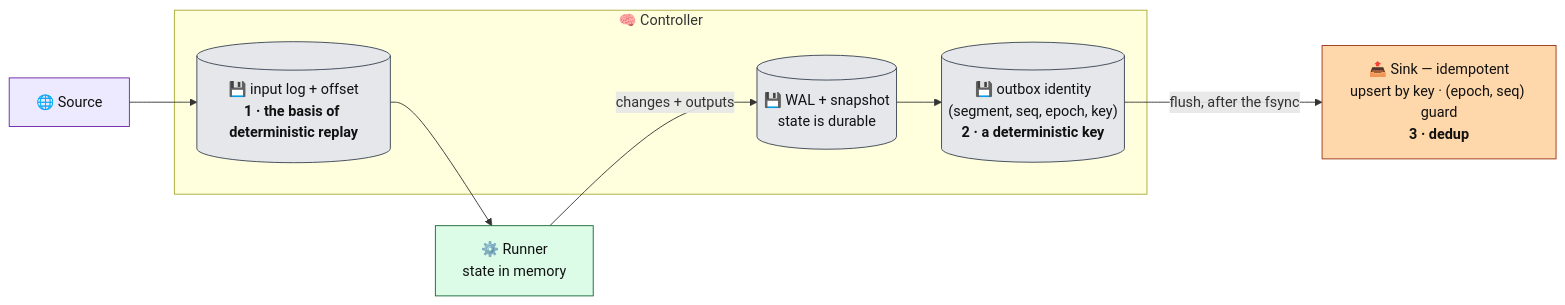
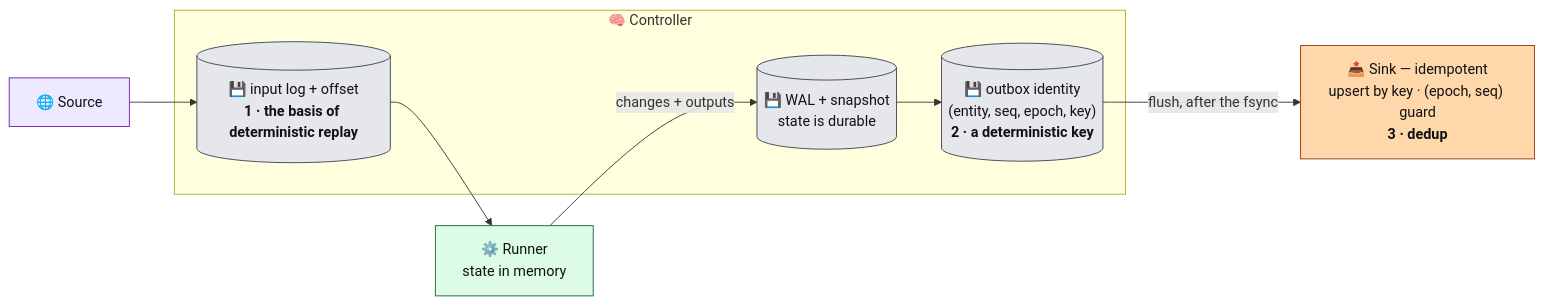
The seventh of 16 diagrams in docs/architecture/kernel.md (Flezha/flezha), drawn with Mermaid before and after one commit. The commit also changed other lines of this file and 658 other files, not shown here.

````diff
--- a/docs/architecture/kernel.md
+++ b/docs/architecture/kernel.md
@@ -303,23 +303,23 @@
 ```mermaid
 flowchart LR
     SRC["🌐 Source"]:::src
     subgraph CTRL["🧠 Controller"]
         IL[("💾 input log + offset<br/><b>1 · the basis of deterministic replay</b>")]:::store
         WAL2[("💾 WAL + snapshot<br/>state is durable")]:::store
-        OB[("💾 outbox identity<br/>(segment, seq, epoch, key)<br/><b>2 · a deterministic key</b>")]:::store
+        OB[("💾 outbox identity<br/>(entity, seq, epoch, key)<br/><b>2 · a deterministic key</b>")]:::store
     end
     EX["⚙️ Runner<br/>state in memory"]:::exec
     SINK["📤 Sink — idempotent<br/>upsert by key · (epoch, seq) guard<br/><b>3 · dedup</b>"]:::sink
 
     SRC --> IL
     IL --> EX
     EX -->|"changes + outputs"| WAL2
     WAL2 --> OB
     OB -->|"flush, after the fsync"| SINK
 
     classDef ctrl fill:#dbeafe,stroke:#1e40af,color:#111
     classDef exec fill:#dcfce7,stroke:#166534,color:#111
     classDef sink fill:#fed7aa,stroke:#9a3412,color:#111
     classDef src fill:#ede9fe,stroke:#6b21a8,color:#111
     classDef store fill:#e5e7eb,stroke:#374151,color:#111
 ```
````
